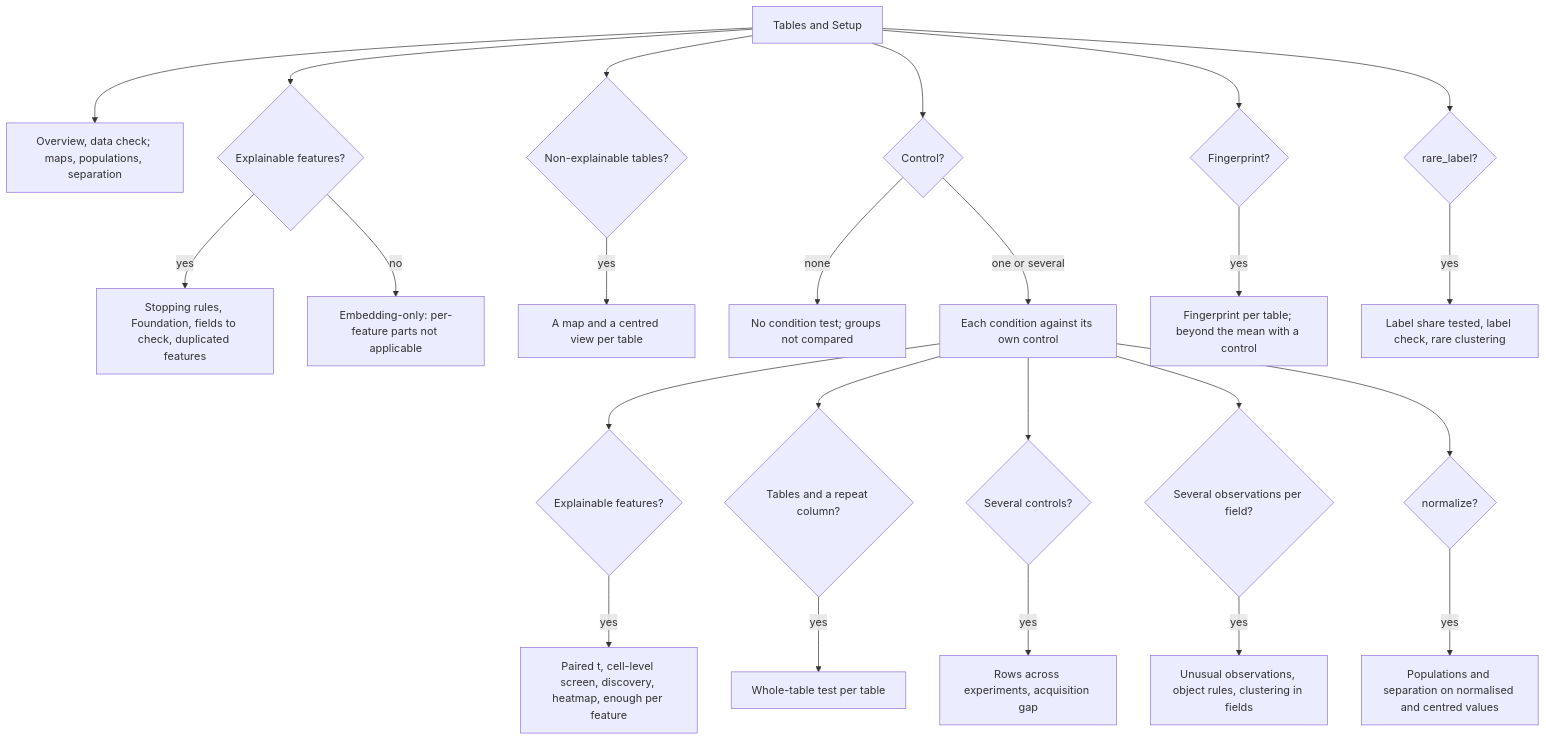
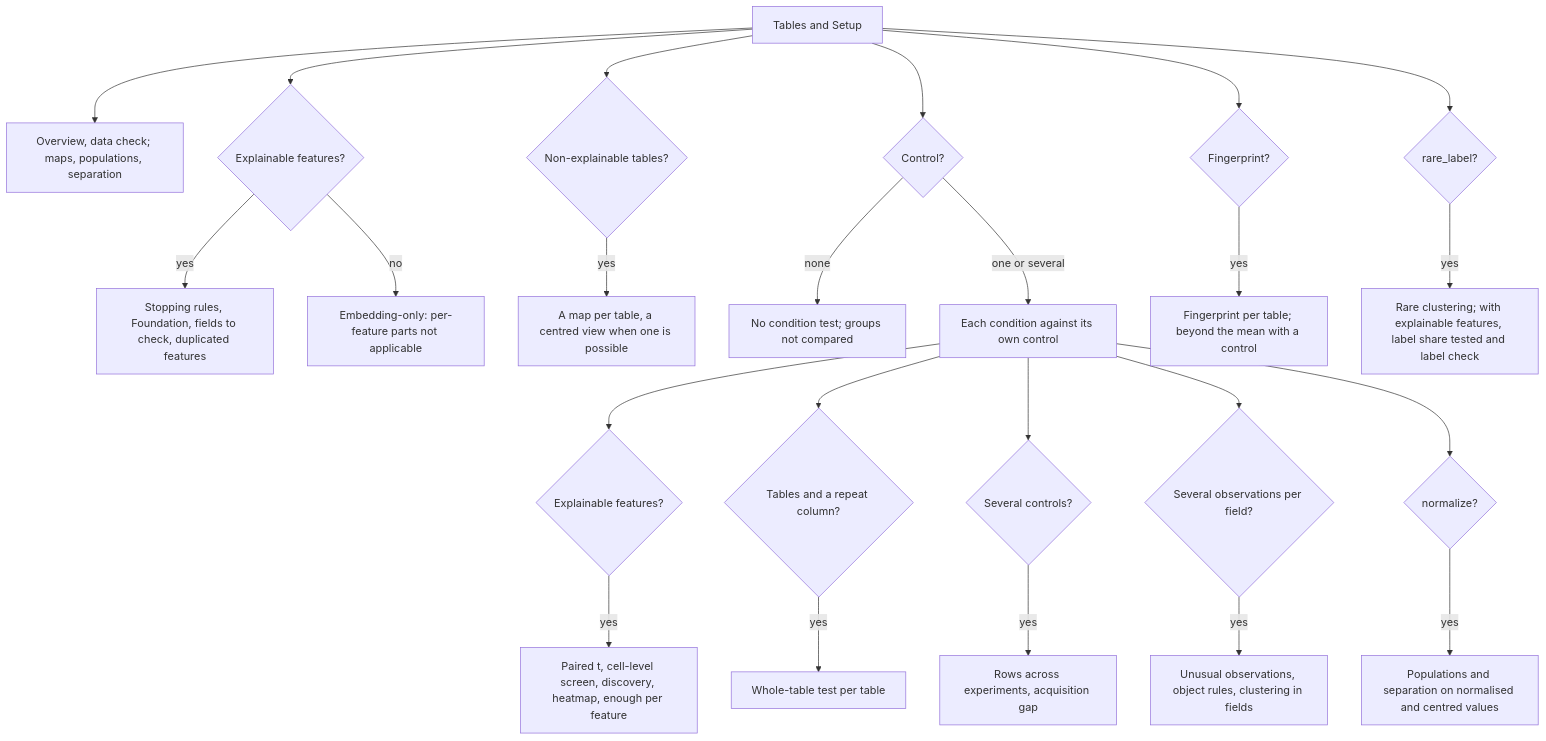
The diagram in docs/common/what_happens.md (CellMigrationLab/MorphoCoverage), drawn with Mermaid before and after one commit. The commit also changed other lines of this file and 9 other files, not shown here.

````diff
--- a/docs/common/what_happens.md
+++ b/docs/common/what_happens.md
@@ -77,26 +83,26 @@
 ```mermaid
 flowchart TD
     IN["Tables and Setup"] --> ALL["Overview, data check; maps, populations, separation"]
     IN --> EX{"Explainable features?"}
     EX -- "yes" --> RUL["Stopping rules, Foundation, fields to check, duplicated features"]
     EX -- "no" --> EMB["Embedding-only: per-feature parts not applicable"]
     IN --> NE{"Non-explainable tables?"}
-    NE -- "yes" --> TAB["A map and a centred view per table"]
+    NE -- "yes" --> TAB["A map per table, a centred view when one is possible"]
     IN --> CT{"Control?"}
     CT -- "none" --> NOC["No condition test; groups not compared"]
     CT -- "one or several" --> OWN["Each condition against its own control"]
     OWN --> PF{"Explainable features?"}
     PF -- "yes" --> PFT["Paired t, cell-level screen, discovery, heatmap, enough per feature"]
     OWN --> WT{"Tables and a repeat column?"}
     WT -- "yes" --> WTT["Whole-table test per table"]
     OWN --> SEV{"Several controls?"}
     SEV -- "yes" --> ACR["Rows across experiments, acquisition gap"]
     OWN --> ONE{"Several observations per field?"}
     ONE -- "yes" --> UNU["Unusual observations, object rules, clustering in fields"]
     OWN --> NRM{"normalize?"}
     NRM -- "yes" --> NV["Populations and separation on normalised and centred values"]
     IN --> FP{"Fingerprint?"}
     FP -- "yes" --> FPT["Fingerprint per table; beyond the mean with a control"]
     IN --> LB{"rare_label?"}
-    LB -- "yes" --> LBT["Label share tested, label check, rare clustering"]
+    LB -- "yes" --> LBT["Rare clustering; with explainable features, label share tested and label check"]
 ```
````
